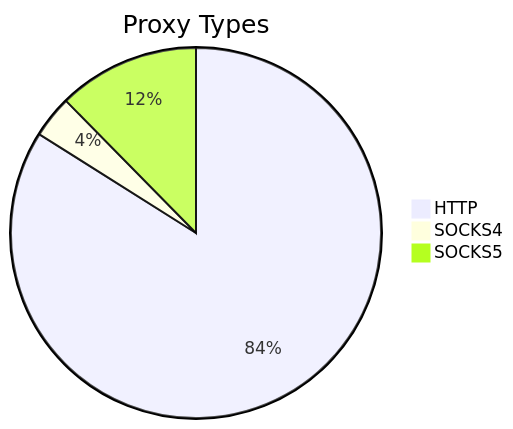
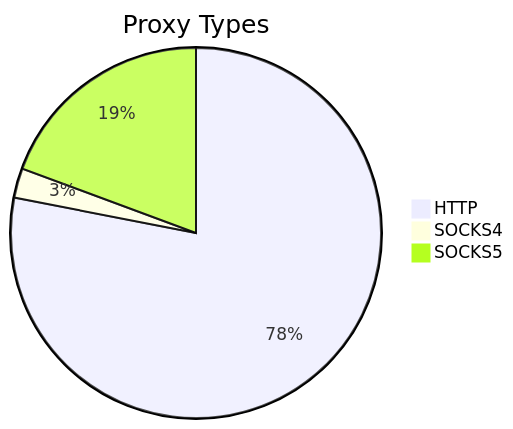
One commit to stormsia/proxy-list changed the first of 2 diagrams in README.md. Above: the diagram before and after it, drawn with Mermaid. The commit also changed other lines of this file, not shown here.

````diff
--- a/README.md
+++ b/README.md
@@ -21,6 +21,6 @@
 ```mermaid
 pie title Proxy Types
-    "HTTP" : 319
-    "SOCKS4" : 14
-    "SOCKS5" : 47
+    "HTTP" : 242
+    "SOCKS4" : 8
+    "SOCKS5" : 60
 ```
````
